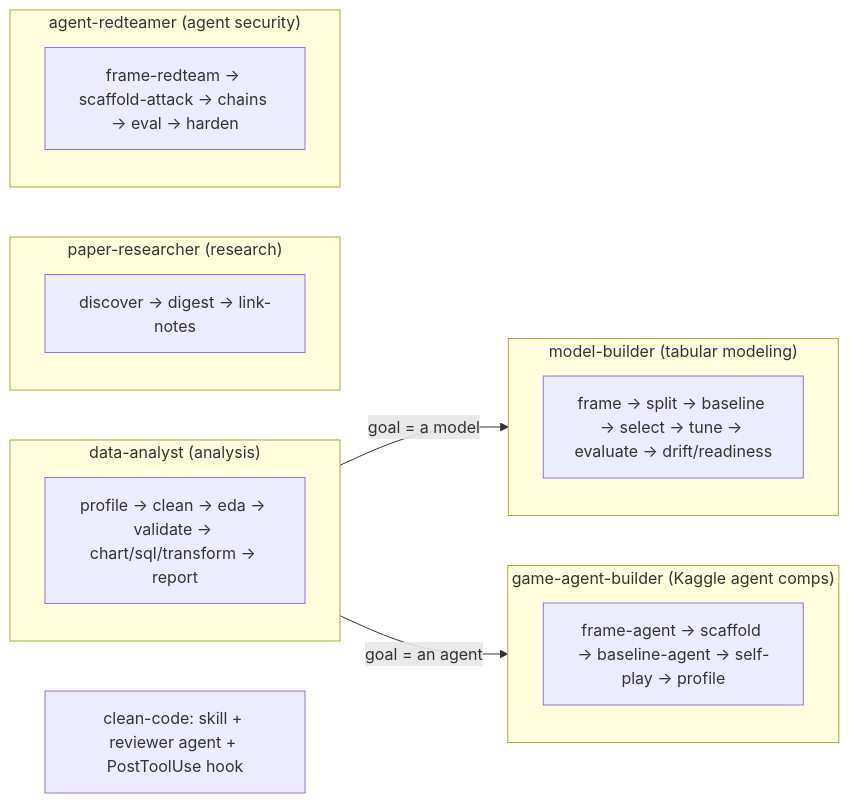
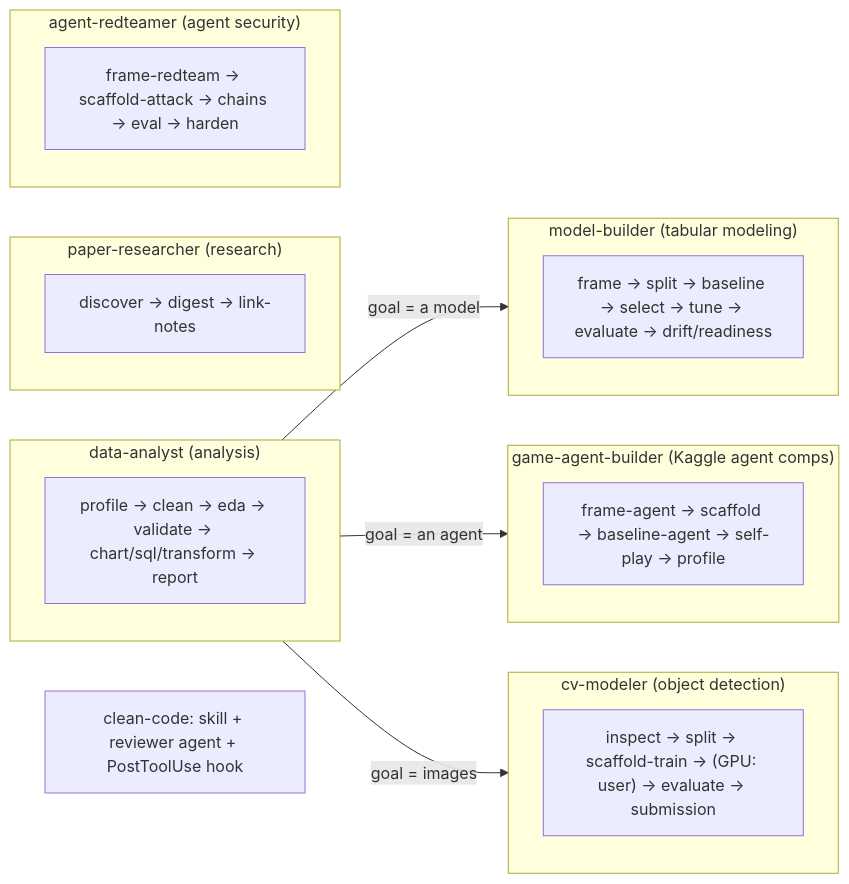
The diagram in CLAUDE.md (Alice-creator/claude-all-in-one-plugin), drawn with Mermaid before and after one commit. The commit also changed other lines of this file and 18 other files, not shown here.

````diff
--- a/CLAUDE.md
+++ b/CLAUDE.md
@@ -5,21 +5,25 @@
 ```mermaid
 flowchart LR
     subgraph AN["data-analyst (analysis)"]
         A1["profile → clean → eda → validate → chart/sql/transform → report"]
     end
     subgraph ML["model-builder (tabular modeling)"]
         M1["frame → split → baseline → select → tune → evaluate → drift/readiness"]
     end
     subgraph RP["paper-researcher (research)"]
         R1["discover → digest → link-notes"]
     end
     subgraph GA["game-agent-builder (Kaggle agent comps)"]
         G1["frame-agent → scaffold → baseline-agent → self-play → profile"]
     end
     subgraph SEC["agent-redteamer (agent security)"]
         S1["frame-redteam → scaffold-attack → chains → eval → harden"]
     end
+    subgraph CV["cv-modeler (object detection)"]
+        V1["inspect → split → scaffold-train → (GPU: user) → evaluate → submission"]
+    end
     AN -->|"goal = a model"| ML
     AN -->|"goal = an agent"| GA
+    AN -->|"goal = images"| CV
     CQ["clean-code: skill + reviewer agent + PostToolUse hook"]
 ```
````
